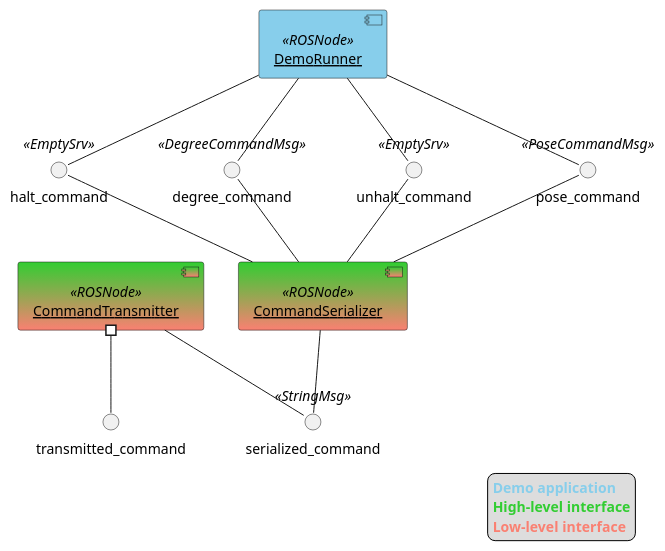
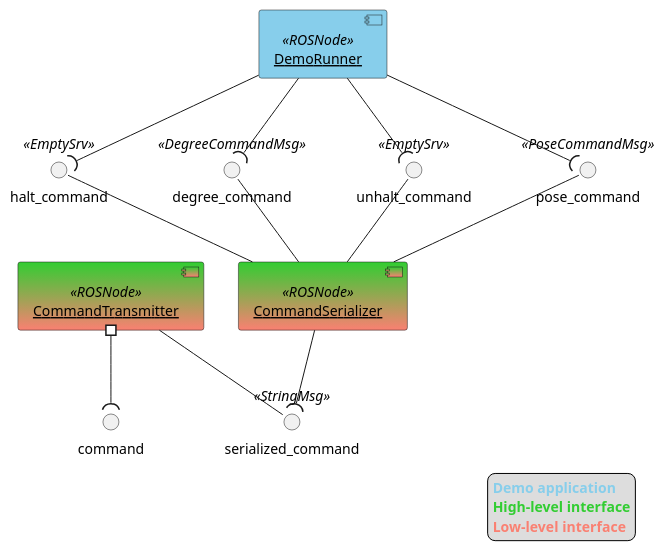
One commit to bscp/al5d_cpp changed the diagram in doc/component_diagram.puml. Above: the diagram before and after it, drawn with PlantUML.

Commit message:
Add required/provided interfaces

```diff
--- a/doc/component_diagram.puml
+++ b/doc/component_diagram.puml
@@ -1,32 +1,32 @@
 @startuml
 
 interface halt_command <<EmptySrv>>
 interface degree_command <<DegreeCommandMsg>>
 interface unhalt_command <<EmptySrv>>
 interface pose_command <<PoseCommandMsg>>
-interface transmitted_command
+interface command
 interface serialized_command <<StringMsg>>
 
 component "<u>DemoRunner</u>" <<ROSNode>> as DemoRunner #SkyBlue
 component "<u>CommandSerializer</u>" <<ROSNode>> as CommandSerializer #LimeGreen-Salmon
 component "<u>CommandTransmitter</u>" <<ROSNode>> as CommandTransmitter #LimeGreen-Salmon
 
-DemoRunner -- halt_command
-DemoRunner -- degree_command
-DemoRunner -- unhalt_command
-DemoRunner -- pose_command
+DemoRunner --( halt_command
+DemoRunner --( degree_command
+DemoRunner --( unhalt_command
+DemoRunner --( pose_command
 halt_command -- CommandSerializer
 unhalt_command -- CommandSerializer
 pose_command -- CommandSerializer
 degree_command -- CommandSerializer
-CommandTransmitter #-- transmitted_command
-CommandSerializer -- serialized_command
+CommandTransmitter #--( command
+CommandSerializer --( serialized_command
 serialized_command -up- CommandTransmitter
 
 legend right
   <b><color:SkyBlue>Demo application</color></b>
   <b><color:LimeGreen>High-level interface</color></b>
   <b><color:Salmon>Low-level interface</color></b>
 endlegend
 
 @enduml
```
